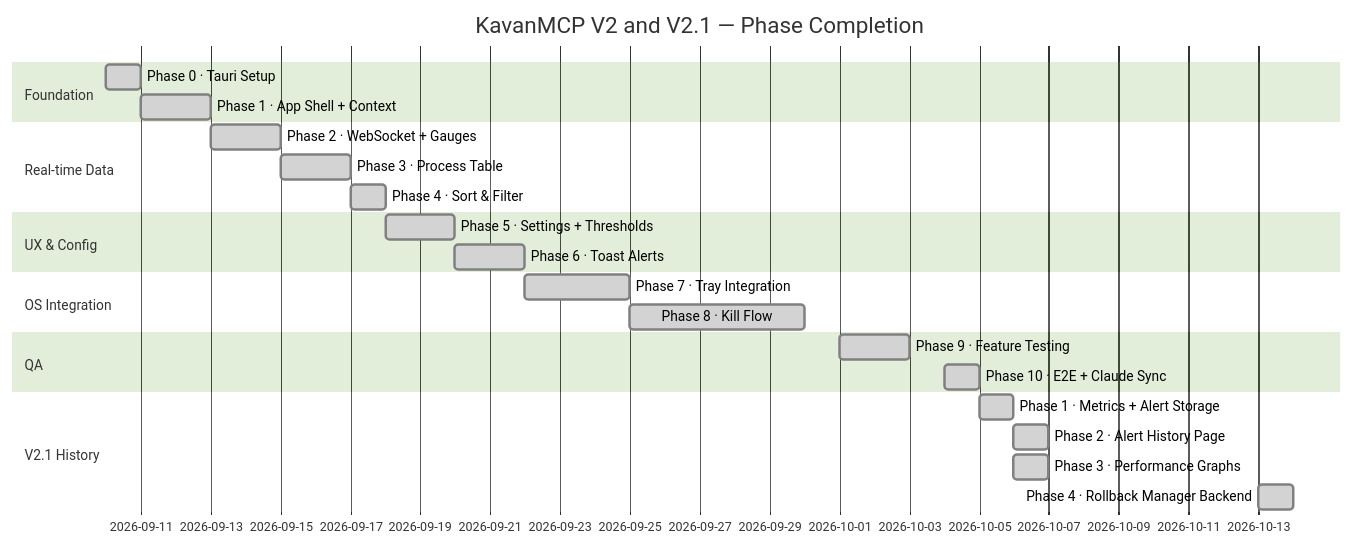
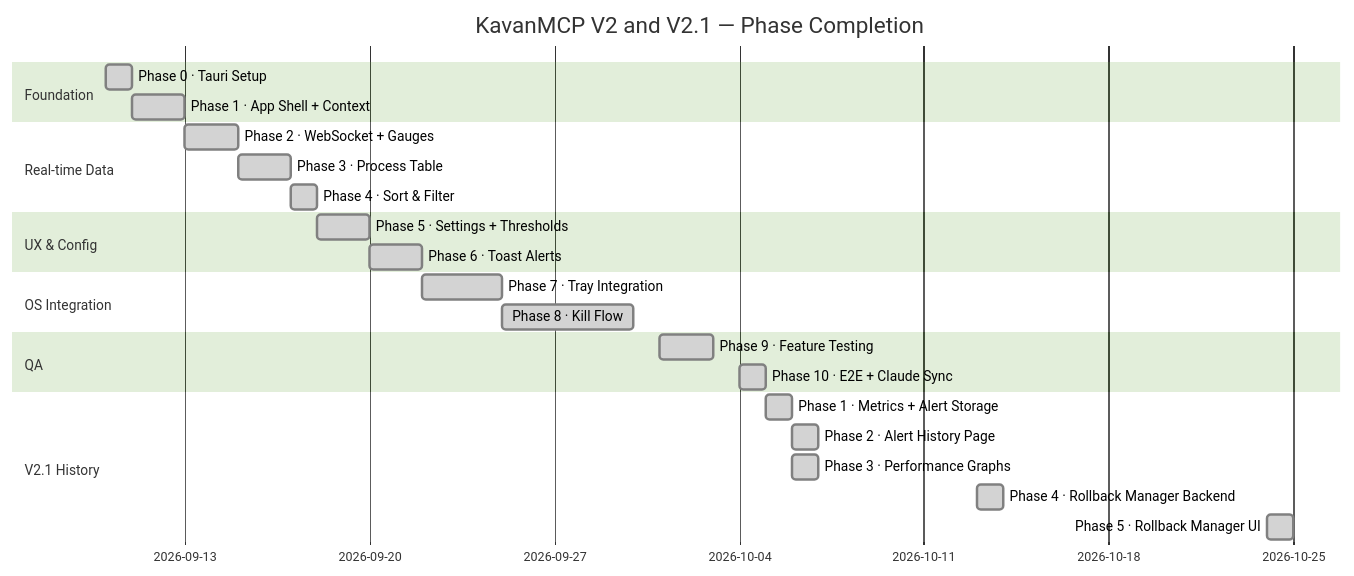
Before and after one commit to Rahul-8283/KavanMCP: the sixth of 7 diagrams in README.md, drawn with Mermaid (forest theme). The commit also changed other lines of this file and 1 other file, not shown here.

First line of the commit message:
docs: update the README, test count and last commit for V2.1 phase 5

````diff
--- a/README.md
+++ b/README.md
@@ -277,26 +277,27 @@
 ```mermaid
 gantt
     title KavanMCP V2 and V2.1 — Phase Completion
     dateFormat YYYY-MM-DD
     section Foundation
     Phase 0 · Tauri Setup          :done, 2026-09-10, 1d
     Phase 1 · App Shell + Context  :done, 2026-09-11, 2d
     section Real-time Data
     Phase 2 · WebSocket + Gauges   :done, 2026-09-13, 2d
     Phase 3 · Process Table        :done, 2026-09-15, 2d
     Phase 4 · Sort & Filter        :done, 2026-09-17, 1d
     section UX & Config
     Phase 5 · Settings + Thresholds:done, 2026-09-18, 2d
     Phase 6 · Toast Alerts         :done, 2026-09-20, 2d
     section OS Integration
     Phase 7 · Tray Integration     :done, 2026-09-22, 3d
     Phase 8 · Kill Flow            :done, 2026-09-25, 5d
     section QA
     Phase 9 · Feature Testing      :done, 2026-10-01, 2d
     Phase 10 · E2E + Claude Sync   :done, 2026-10-04, 1d
     section V2.1 History
     Phase 1 · Metrics + Alert Storage :done, 2026-10-05, 1d
     Phase 2 · Alert History Page      :done, 2026-10-06, 1d
     Phase 3 · Performance Graphs      :done, 2026-10-06, 1d
     Phase 4 · Rollback Manager Backend :done, 2026-10-13, 1d
+    Phase 5 · Rollback Manager UI      :done, 2026-10-24, 1d
 ```
````
